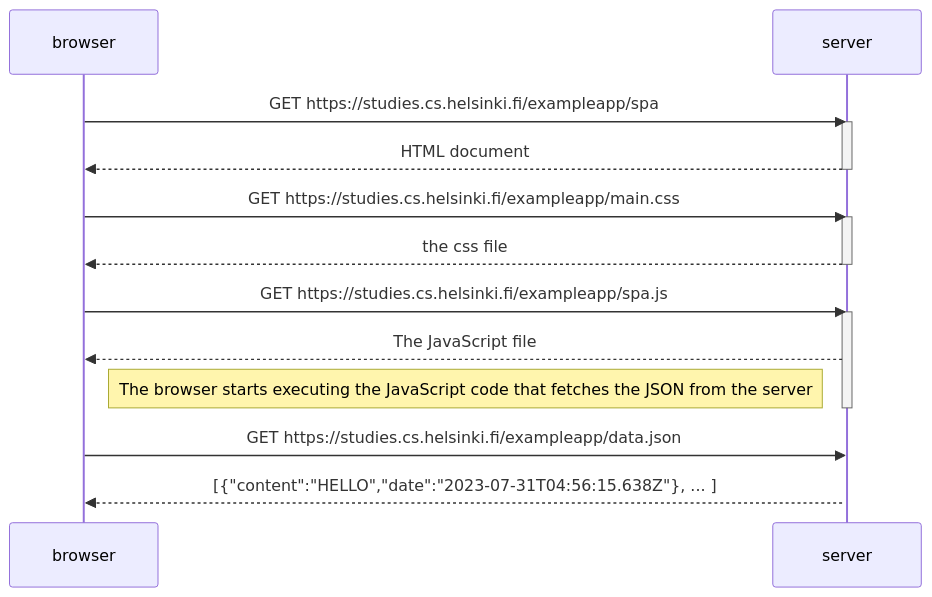
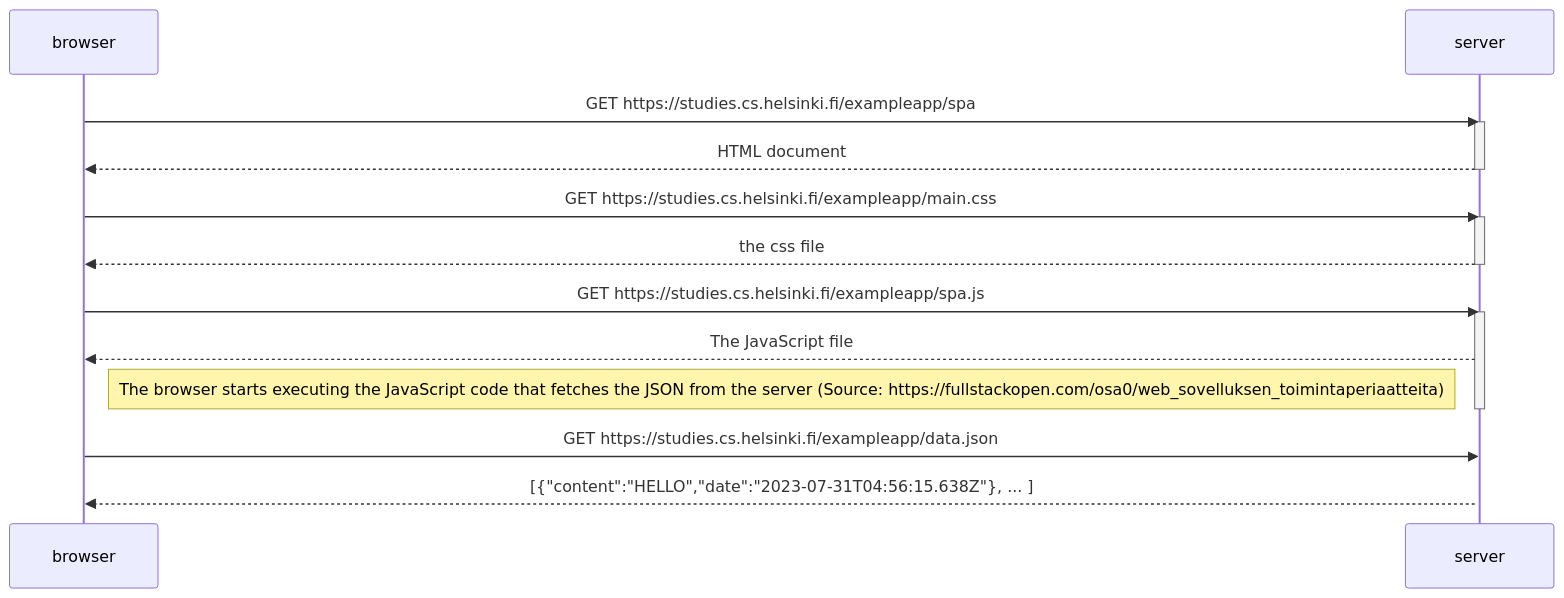
The diagram in 05.md (alelikak/fullstackopen), drawn with Mermaid before and after one commit.

````diff
--- a/05.md
+++ b/05.md
@@ -1,28 +1,28 @@
 ```mermaid
 sequenceDiagram
     participant browser
     participant server
     
     browser->>server: GET https://studies.cs.helsinki.fi/exampleapp/spa
     activate server
     server-->>browser: HTML document
     deactivate server
     
     browser->>server: GET https://studies.cs.helsinki.fi/exampleapp/main.css
     activate server
     server-->>browser: the css file
     deactivate server
     
     browser->>server: GET  https://studies.cs.helsinki.fi/exampleapp/spa.js
     activate server
     server-->>browser: The JavaScript file
-    Note right of browser: The browser starts executing the JavaScript code that fetches the JSON from the server
+    Note right of browser: The browser starts executing the JavaScript code that fetches the JSON from the server (Source: https://fullstackopen.com/osa0/web_sovelluksen_toimintaperiaatteita)
     
     deactivate server    
 
     
 
     browser->>server: GET https://studies.cs.helsinki.fi/exampleapp/data.json
     activate server
     server-->>browser: [{"content":"HELLO","date":"2023-07-31T04:56:15.638Z"}, ... ]
 ```
````
